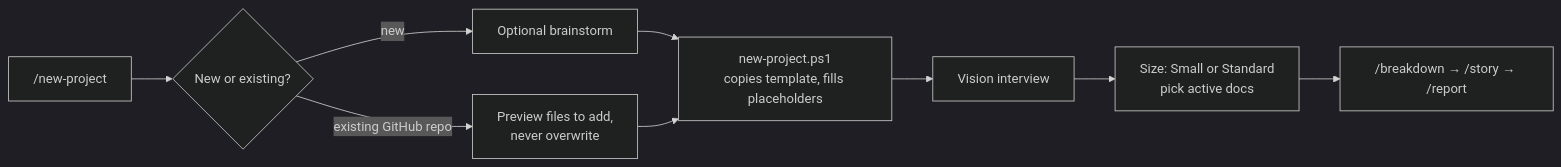
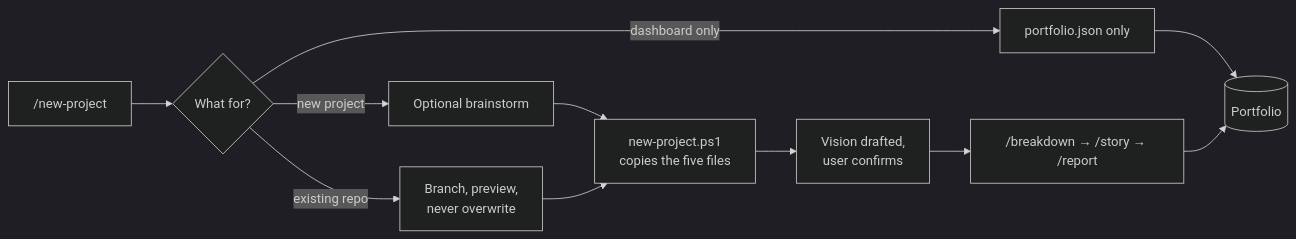
The diagram in README.md (flegaspi700/pmo-project-standardization), drawn with Mermaid (dark theme) before and after one commit. The commit also changed other lines of this file and 42 other files, not shown here.

````diff
--- a/README.md
+++ b/README.md
@@ -85,11 +87,13 @@
 ```mermaid
 flowchart LR
-    A["/new-project"] --> B{New or existing?}
-    B -->|new| C[Optional brainstorm]
-    B -->|existing GitHub repo| D[Preview files to add,<br/>never overwrite]
-    C --> E[new-project.ps1<br/>copies template, fills placeholders]
+    A["/new-project"] --> B{What for?}
+    B -->|new project| C[Optional brainstorm]
+    B -->|existing repo| D[Branch, preview,<br/>never overwrite]
+    B -->|dashboard only| R[portfolio.json only]
+    C --> E[new-project.ps1<br/>copies the five files]
     D --> E
-    E --> F[Vision interview]
-    F --> G[Size: Small or Standard<br/>pick active docs]
-    G --> H["/breakdown → /story → /report"]
+    E --> F[Vision drafted,<br/>user confirms]
+    F --> H["/breakdown → /story → /report"]
+    R --> P[(Portfolio)]
+    H --> P
 ```
````
